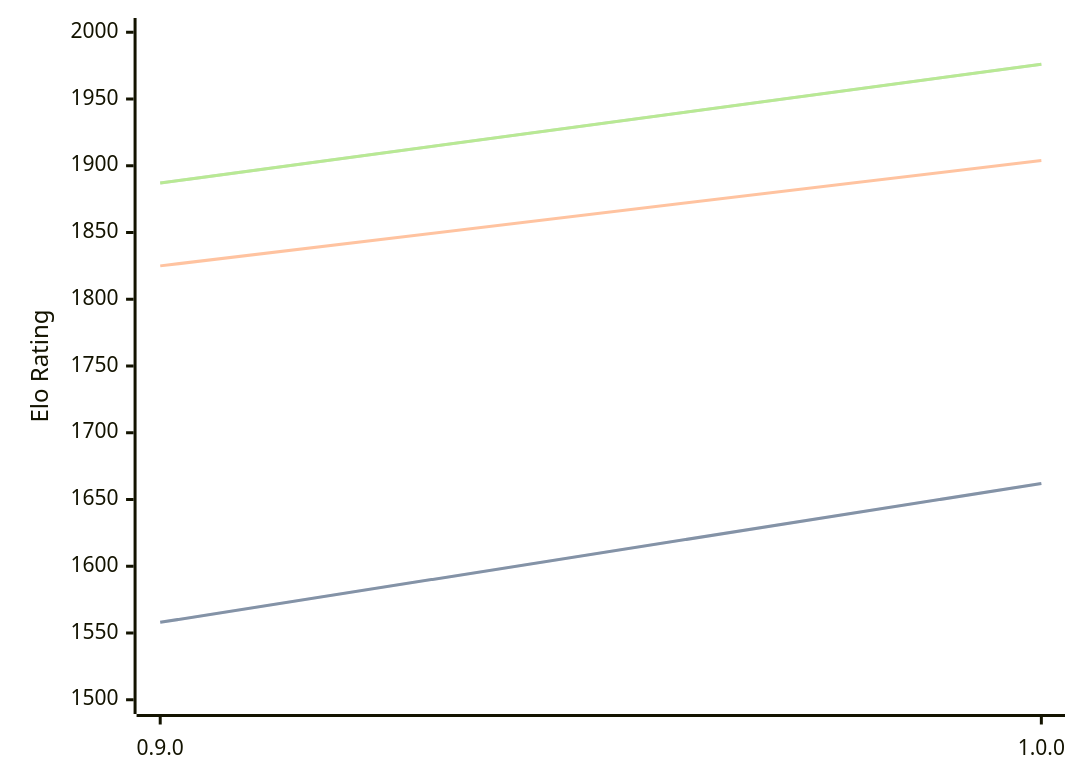
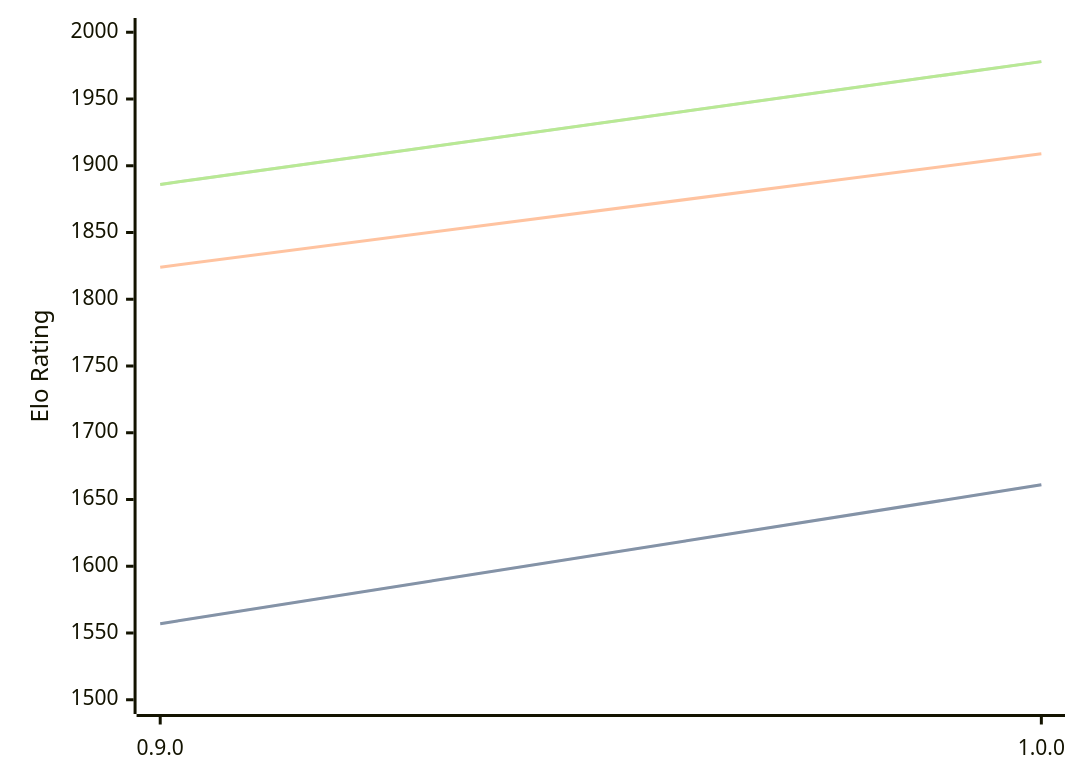
The diagram in engines/Ratsu.md (computer-chess-index/cci), drawn with Mermaid before and after one commit. The commit also changed other lines of this file, not shown here.

Commit message:
Update CCI Ratings (ELO VLTC) - 2026-04-16

````diff
--- a/engines/Ratsu.md
+++ b/engines/Ratsu.md
@@ -32,11 +32,11 @@
 ```mermaid
 %%{init: {"theme":"base","themeVariables":{"seriesColors:['#a3a3a3','#222221','#faa371']}}}%%
 xychart-beta
   x-axis ["0.9.0", "1.0.0"]
   y-axis "Elo Rating" 1500 --> 2000
-  line "STC (8.0+0.08s)" [1558, 1662]
-  line "STC (8.0+0.08s)" [1558, 1662]
-  line "LTC (60.0+0.60s)" [1825, 1904]
-  line "VLTC (2m24s+1.12s)" [1887, 1976]
-  line "VLTC (2m24s+1.12s)" [1887, 1976]
+  line "STC (8.0+0.08s)" [1557, 1661]
+  line "STC (8.0+0.08s)" [1557, 1661]
+  line "LTC (60.0+0.60s)" [1824, 1909]
+  line "VLTC (2m24s+1.12s)" [1886, 1978]
+  line "VLTC (2m24s+1.12s)" [1886, 1978]
 ```
````
